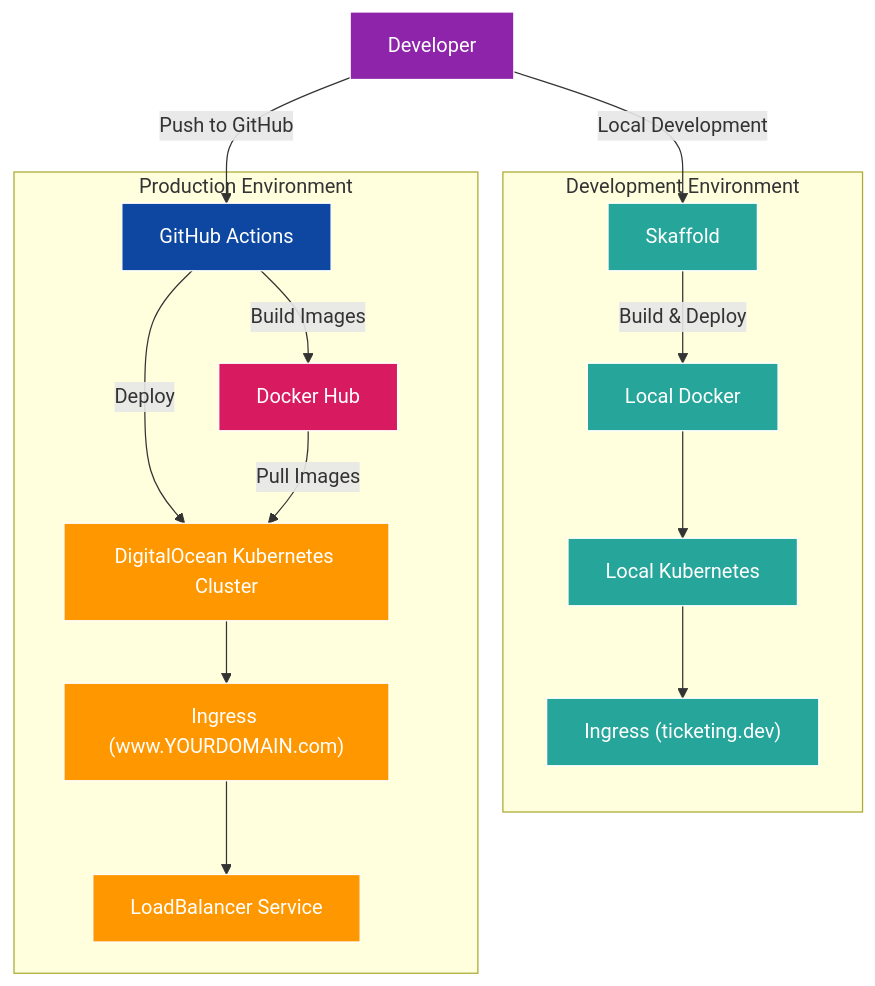
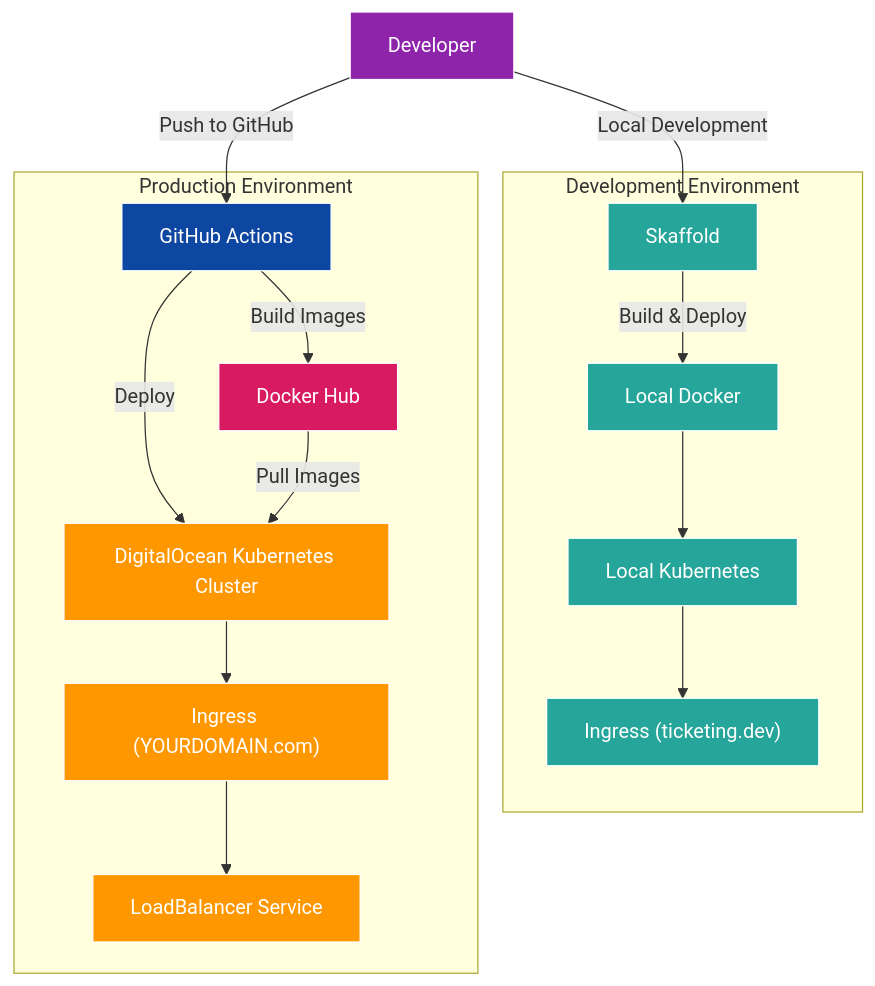
The sixth of 8 diagrams in Microservices with Node and React/22. CI-CD/ticketing/README.md (A1doranM/HowProgrammingWork), drawn with Mermaid before and after one commit.

Commit message:
Microservices With NodeJS and React

````diff
--- a/Microservices with Node and React/22. CI-CD/ticketing/README.md
+++ b/Microservices with Node and React/22. CI-CD/ticketing/README.md
@@ -341,40 +341,40 @@
 ```mermaid
 graph TB
     subgraph "Development Environment"
         DevSkaffold["Skaffold"]
         DevDocker["Local Docker"]
         DevK8s["Local Kubernetes"]
         DevIngress["Ingress (ticketing.dev)"]
     end
     
     subgraph "Production Environment"
         DOCluster["DigitalOcean Kubernetes Cluster"]
-        ProdIngress["Ingress (www.YOURDOMAIN.com)"]
+        ProdIngress["Ingress (YOURDOMAIN.com)"]
         ProdLB["LoadBalancer Service"]
         DockerHub["Docker Hub"]
         GitHubActions["GitHub Actions"]
     end
     
     Developer -->|"Local Development"| DevSkaffold
     DevSkaffold -->|"Build & Deploy"| DevDocker
     DevDocker --> DevK8s
     DevK8s --> DevIngress
     
     Developer -->|"Push to GitHub"| GitHubActions
     GitHubActions -->|"Build Images"| DockerHub
     GitHubActions -->|"Deploy"| DOCluster
     DOCluster --> ProdIngress
     ProdIngress --> ProdLB
     DockerHub -->|"Pull Images"| DOCluster
     
     style Developer fill:#8e24aa,stroke:#fff,stroke-width:1px,color:#fff
     style DevSkaffold fill:#26a69a,stroke:#fff,stroke-width:1px,color:#fff
     style DevDocker fill:#26a69a,stroke:#fff,stroke-width:1px,color:#fff
     style DevK8s fill:#26a69a,stroke:#fff,stroke-width:1px,color:#fff
     style DevIngress fill:#26a69a,stroke:#fff,stroke-width:1px,color:#fff
     style DOCluster fill:#ff9800,stroke:#fff,stroke-width:1px,color:#fff
     style ProdIngress fill:#ff9800,stroke:#fff,stroke-width:1px,color:#fff
     style ProdLB fill:#ff9800,stroke:#fff,stroke-width:1px,color:#fff
     style DockerHub fill:#d81b60,stroke:#fff,stroke-width:1px,color:#fff
     style GitHubActions fill:#0d47a1,stroke:#fff,stroke-width:1px,color:#fff
 ```
````
